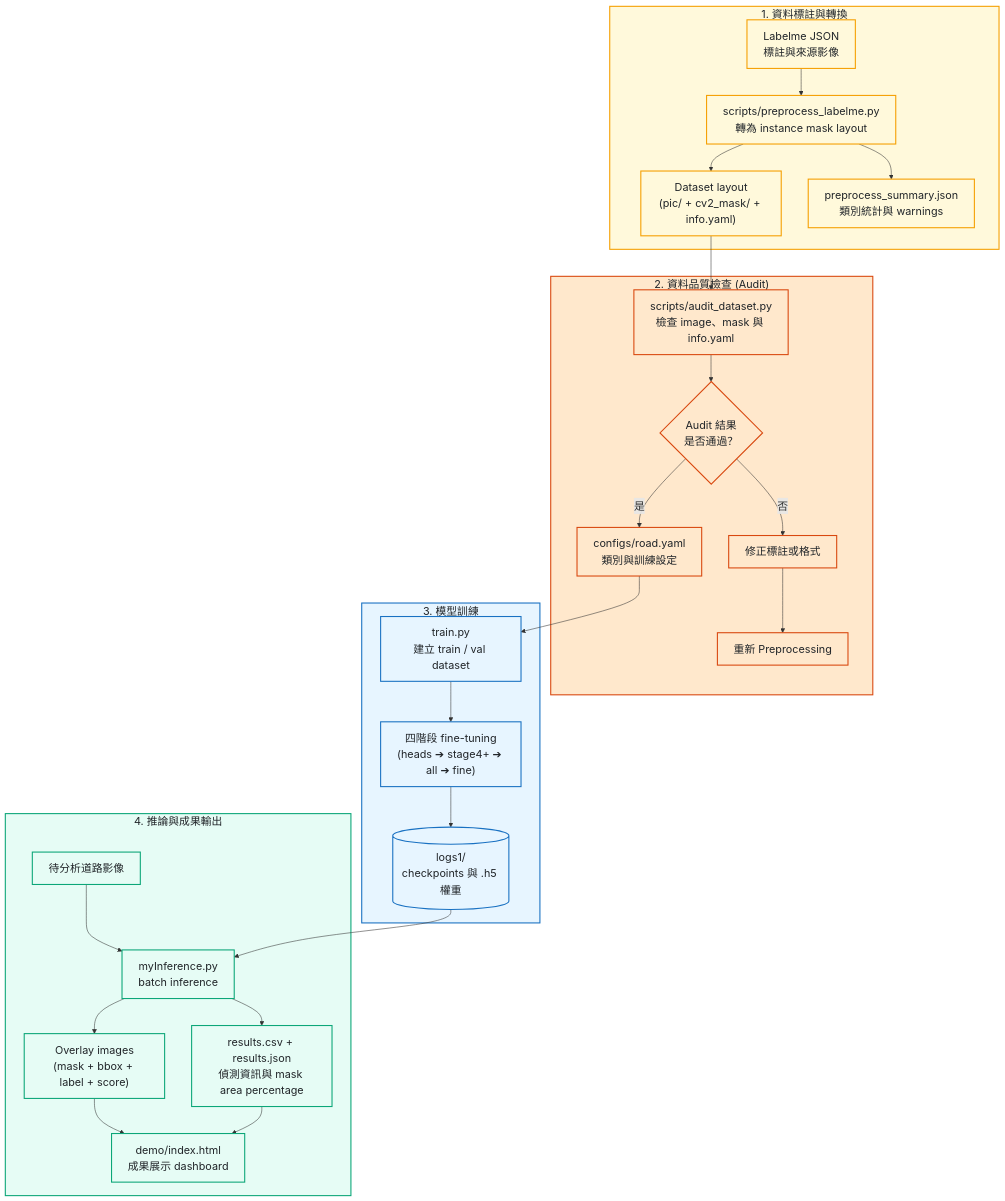
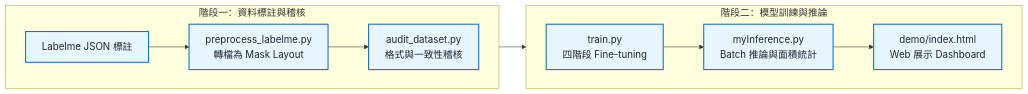
The first of 2 diagrams in README.md (kuotunyu/mask-rcnn-road), drawn with Mermaid before and after one commit. The commit also changed other lines of this file, not shown here.

Commit message:
docs: rename section to '系統設計與關鍵特性' and optimize workflow into clean 2-row layout

````diff
--- a/README.md
+++ b/README.md
@@ -28,39 +28,18 @@
 ```mermaid
-%%{init: {'themeVariables': {'fontSize': '20px'}}}%%
-flowchart TD
-    subgraph Preparation ["1. 資料標註與轉換"]
-        Labelme["Labelme JSON<br/>標註與來源影像"] --> Preprocess["scripts/preprocess_labelme.py<br/>轉為 instance mask layout"]
-        Preprocess --> Dataset["Dataset layout<br/>(pic/ + cv2_mask/ + info.yaml)"]
-        Preprocess --> Summary["preprocess_summary.json<br/>類別統計與 warnings"]
+%%{init: {'themeVariables': {'fontSize': '18px'}}}%%
+flowchart LR
+    subgraph Stage1 ["階段一：資料標註與稽核"]
+        direction LR
+        S1["Labelme JSON 標註"] --> S2["preprocess_labelme.py<br/>轉檔為 Mask Layout"] --> S3["audit_dataset.py<br/>格式與一致性稽核"]
     end
 
-    subgraph Quality ["2. 資料品質檢查 (Audit)"]
-        Dataset --> Audit["scripts/audit_dataset.py<br/>檢查 image、mask 與 info.yaml"]
-        Audit --> AuditResult{"Audit 結果<br/>是否通過？"}
-        AuditResult -->|否| Fix["修正標註或格式"] --> Retry["重新 Preprocessing"]
-        AuditResult -->|是| ProjectConfig["configs/road.yaml<br/>類別與訓練設定"]
+    subgraph Stage2 ["階段二：模型訓練與推論"]
+        direction LR
+        S4["train.py<br/>四階段 Fine-tuning"] --> S5["myInference.py<br/>Batch 推論與面積統計"] --> S6["demo/index.html<br/>Web 展示 Dashboard"]
     end
 
-    subgraph Training ["3. 模型訓練"]
-        ProjectConfig --> Train["train.py<br/>建立 train / val dataset"]
-        Train --> Schedule["四階段 fine-tuning<br/>(heads ➔ stage4+ ➔ all ➔ fine)"]
-        Schedule --> Weights[("logs1/<br/>checkpoints 與 .h5 權重")]
-    end
+    Stage1 --> Stage2
 
-    subgraph Application ["4. 推論與成果輸出"]
-        Images["待分析道路影像"] & Weights --> Inference["myInference.py<br/>batch inference"]
-        Inference --> Visuals["Overlay images<br/>(mask + bbox + label + score)"]
-        Inference --> Reports["results.csv + results.json<br/>偵測資訊與 mask area percentage"]
-        Visuals & Reports --> Dashboard["demo/index.html<br/>成果展示 dashboard"]
-    end
-
-    classDef prepStyle fill:#fff9db,stroke:#f59f00,stroke-width:2px,color:#212529
-    classDef qualStyle fill:#FFE8CC,stroke:#D9480F,stroke-width:2px,color:#212529
-    classDef trainStyle fill:#e7f5ff,stroke:#1971c2,stroke-width:2px,color:#212529
-    classDef appStyle fill:#e6fcf5,stroke:#0ca678,stroke-width:2px,color:#212529
-
-    class Preparation,Labelme,Preprocess,Dataset,Summary prepStyle
-    class Quality,Audit,AuditResult,Fix,Retry,ProjectConfig qualStyle
-    class Training,Train,Schedule,Weights trainStyle
-    class Application,Images,Inference,Visuals,Reports,Dashboard appStyle
+    classDef stageStyle fill:#e7f5ff,stroke:#1971c2,stroke-width:2px,color:#212529
+    class S1,S2,S3,S4,S5,S6 stageStyle
 ```
````
